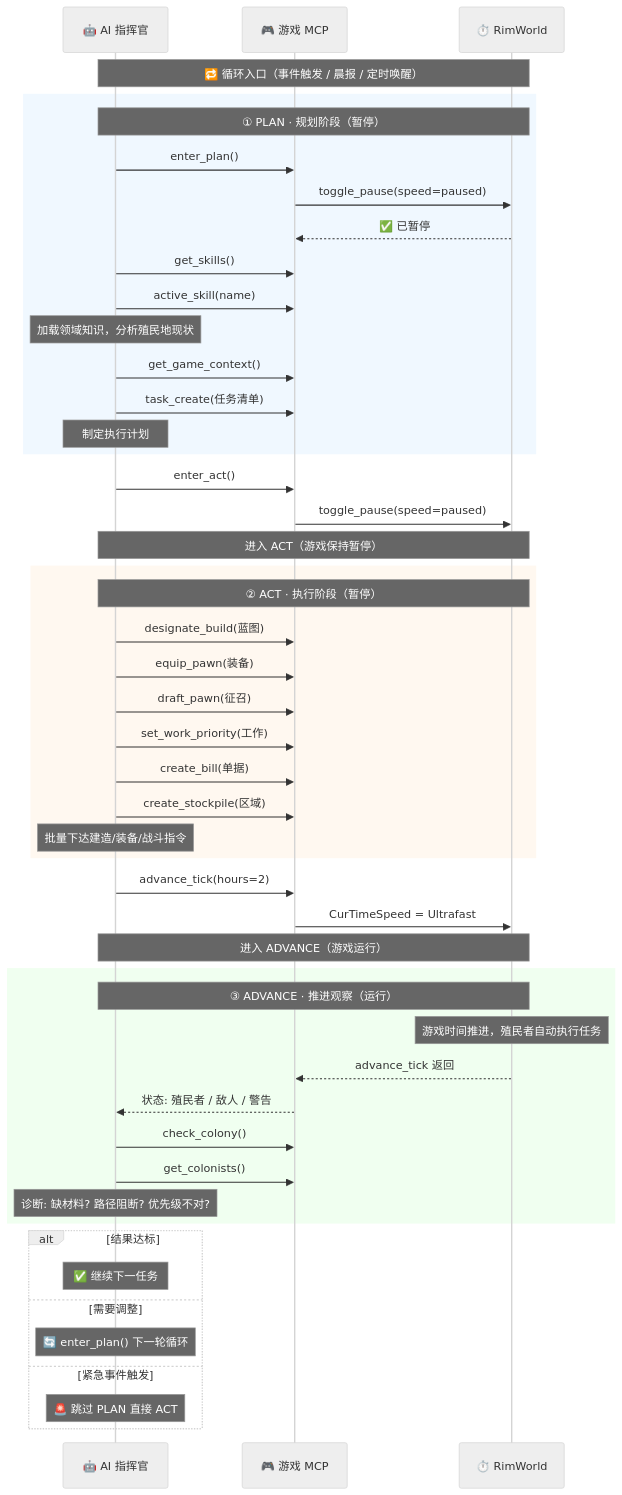
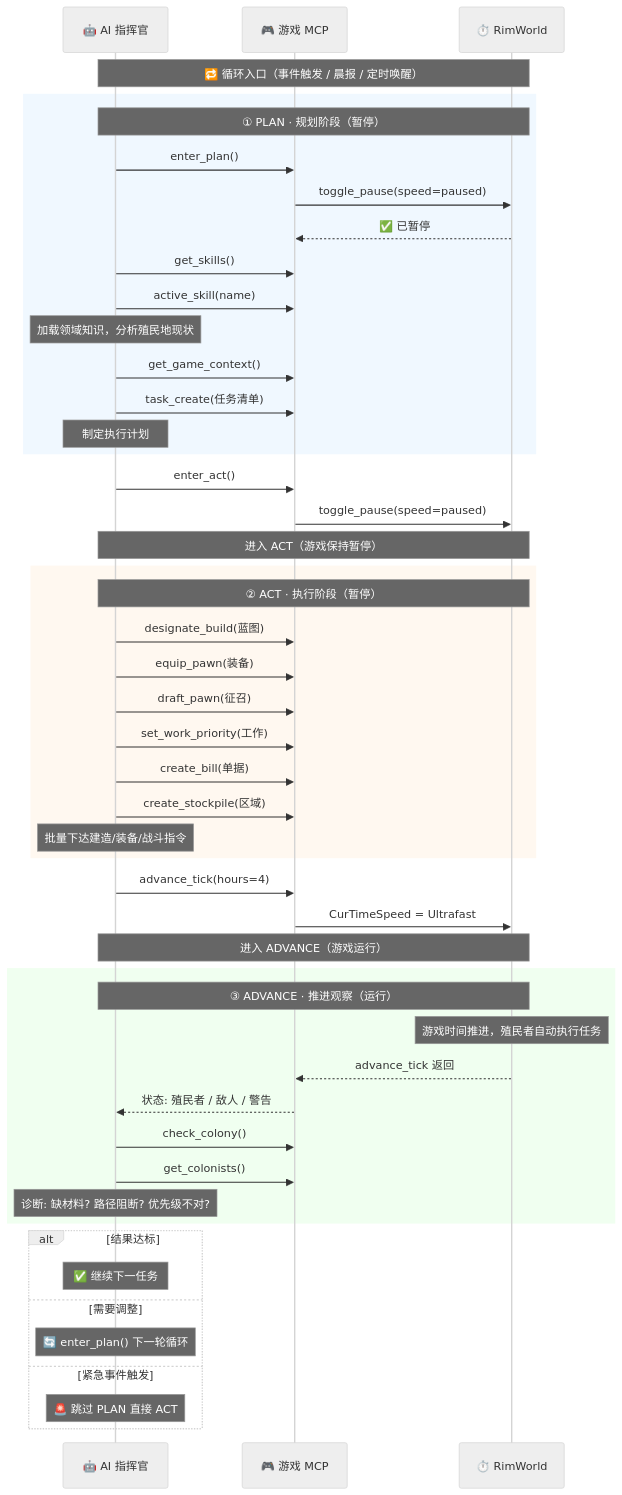
Before and after one commit to codexvn/RimWorldMod_RimWorldAI: the diagram in RimWorldAgent/cc-companion/Prompt.md, drawn with Mermaid (neutral theme). The commit also changed other lines of this file, not shown here.

````diff
--- a/RimWorldAgent/cc-companion/Prompt.md
+++ b/RimWorldAgent/cc-companion/Prompt.md
@@ -234,58 +376,58 @@
 ```mermaid
 sequenceDiagram
     participant AI as 🤖 AI 指挥官
     participant MCP as 🎮 游戏 MCP
     participant Game as ⏱️ RimWorld
 
     Note over AI,Game: 🔁 循环入口（事件触发 / 晨报 / 定时唤醒）
 
     rect rgb(240, 248, 255)
         Note over AI,Game: ① PLAN · 规划阶段（暂停）
         AI->>MCP: enter_plan()
         MCP->>Game: toggle_pause(speed=paused)
         Game-->>MCP: ✅ 已暂停
         AI->>MCP: get_skills()
         AI->>MCP: active_skill(name)
         Note over AI: 加载领域知识，分析殖民地现状
         AI->>MCP: get_game_context()
         AI->>MCP: task_create(任务清单)
         Note over AI: 制定执行计划
     end
 
     AI->>MCP: enter_act()
     MCP->>Game: toggle_pause(speed=paused)
     Note over AI,Game: 进入 ACT（游戏保持暂停）
 
     rect rgb(255, 248, 240)
         Note over AI,Game: ② ACT · 执行阶段（暂停）
         AI->>MCP: designate_build(蓝图)
         AI->>MCP: equip_pawn(装备)
         AI->>MCP: draft_pawn(征召)
         AI->>MCP: set_work_priority(工作)
         AI->>MCP: create_bill(单据)
         AI->>MCP: create_stockpile(区域)
         Note over AI: 批量下达建造/装备/战斗指令
     end
 
-    AI->>MCP: advance_tick(hours=2)
+    AI->>MCP: advance_tick(hours=4)
     MCP->>Game: CurTimeSpeed = Ultrafast
     Note over AI,Game: 进入 ADVANCE（游戏运行）
 
     rect rgb(240, 255, 240)
         Note over AI,Game: ③ ADVANCE · 推进观察（运行）
         Note over Game: 游戏时间推进，殖民者自动执行任务
         Game-->>MCP: advance_tick 返回
         MCP-->>AI: 状态: 殖民者 / 敌人 / 警告
         AI->>MCP: check_colony()
         AI->>MCP: get_colonists()
         Note over AI: 诊断: 缺材料? 路径阻断? 优先级不对?
     end
 
     alt 结果达标
         Note over AI: ✅ 继续下一任务
     else 需要调整
         Note over AI: 🔄 enter_plan() 下一轮循环
     else 紧急事件触发
         Note over AI: 🚨 跳过 PLAN 直接 ACT
     end
 ```
````
